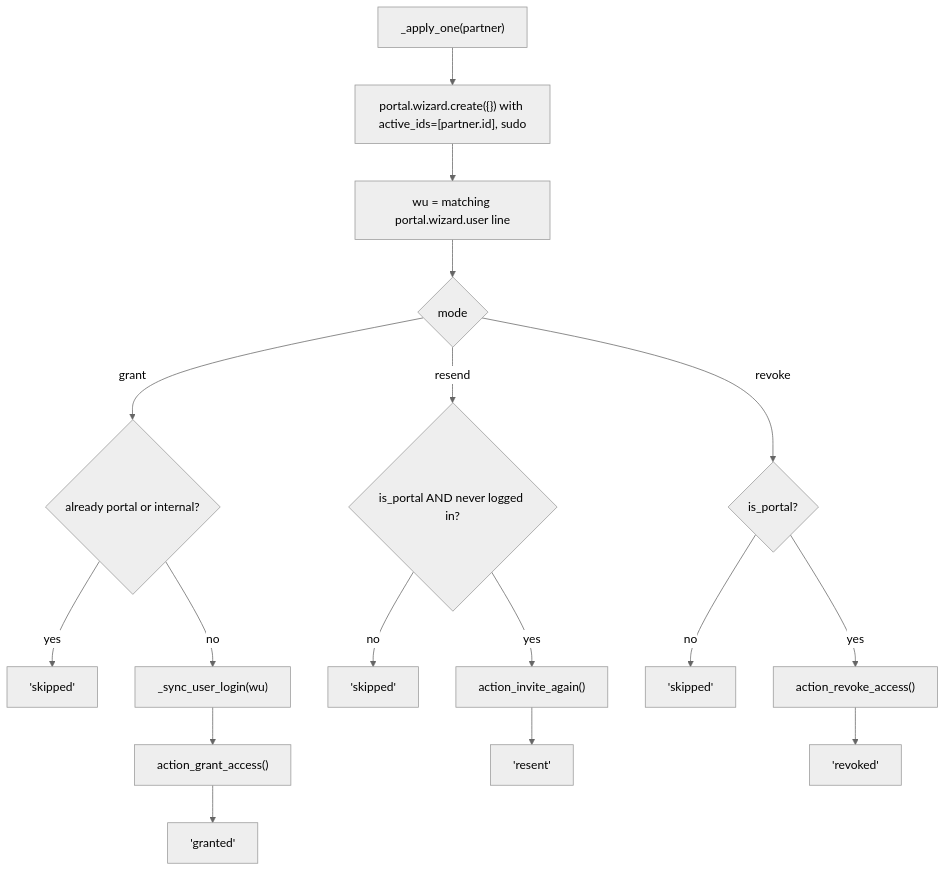
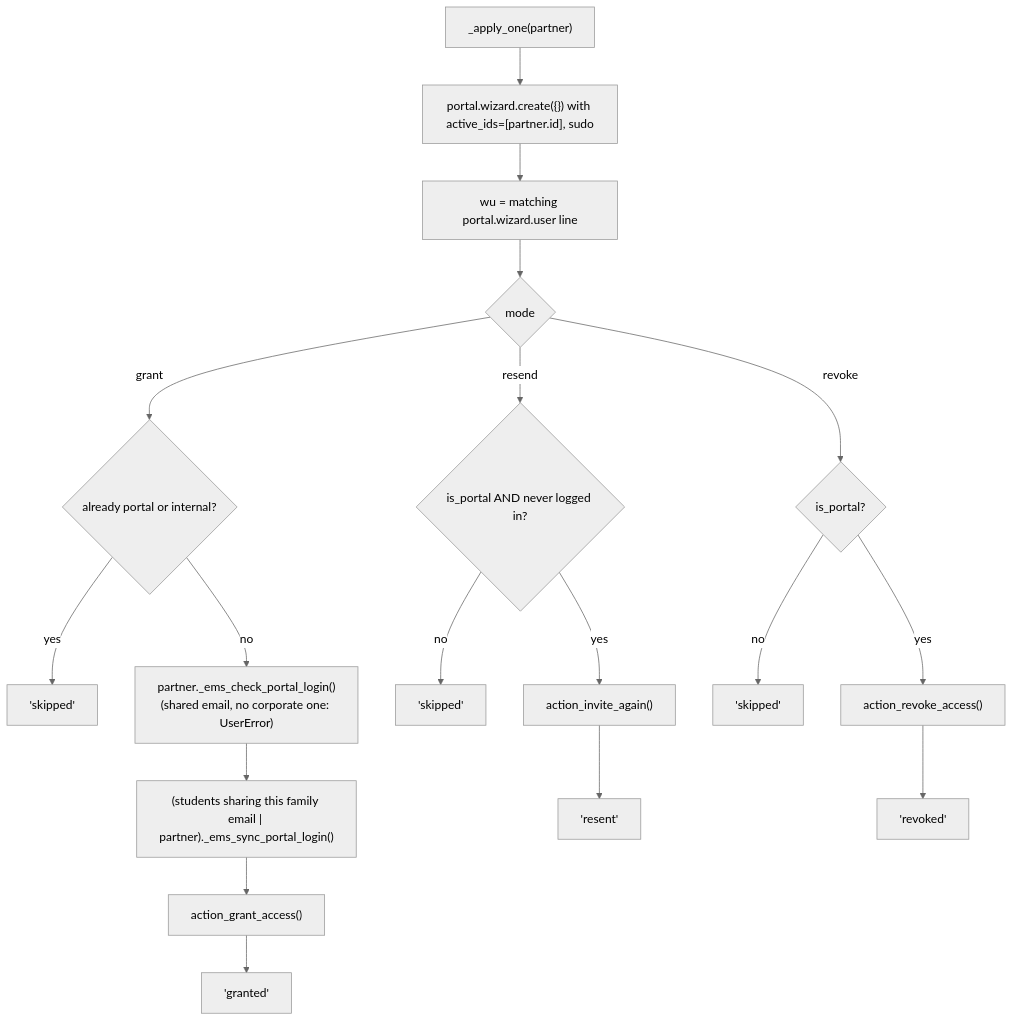
Before and after one commit to ElPuig/EMS: the second of 3 diagrams in docs/en/developers/contacts/portal_access_wizard.md, drawn with Mermaid (neutral theme). The commit also changed other lines of this file and 22 other files, not shown here.

First line of the commit message:
Portal: a student sharing the main email with the family signs in with the corporate email (#833)

````diff
--- a/docs/en/developers/contacts/portal_access_wizard.md
+++ b/docs/en/developers/contacts/portal_access_wizard.md
@@ -113,15 +113,17 @@
 ```mermaid
 flowchart TD
     A["_apply_one(partner)"] --> B["portal.wizard.create({}) with active_ids=[partner.id], sudo"]
     B --> C["wu = matching portal.wizard.user line"]
     C --> D{"mode"}
     D -- grant --> E{"already portal or internal?"}
     E -- yes --> S1["'skipped'"]
-    E -- no --> F["_sync_user_login(wu)"] --> G["action_grant_access()"] --> R1["'granted'"]
+    E -- no --> P["partner._ems_check_portal_login()\n(shared email, no corporate one: UserError)"]
+    P --> F["(students sharing this family email | partner)._ems_sync_portal_login()"]
+    F --> G["action_grant_access()"] --> R1["'granted'"]
     D -- resend --> H{"is_portal AND never logged in?"}
     H -- no --> S2["'skipped'"]
     H -- yes --> I["action_invite_again()"] --> R2["'resent'"]
     D -- revoke --> J{"is_portal?"}
     J -- no --> S3["'skipped'"]
     J -- yes --> K["action_revoke_access()"] --> R3["'revoked'"]
 ```
````
